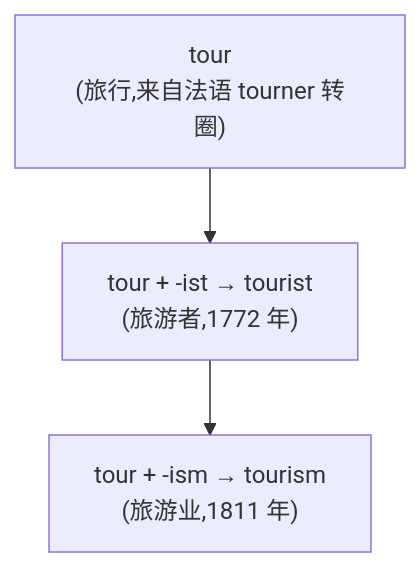
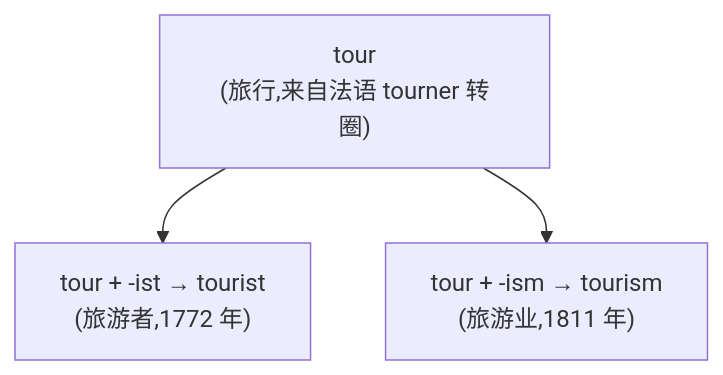
Before and after one commit to swiftczz/roots-affixes-book: the third of 3 diagrams in 06-词缀的故事/第32章-ism与ist.md, drawn with Mermaid. The commit also changed 14 other files, not shown here.

First line of the commit message:
fix: 全书二轮审阅修正——词源准确性、关系图箭头、历史叙述限定

````diff
--- a/06-词缀的故事/第32章-ism与ist.md
+++ b/06-词缀的故事/第32章-ism与ist.md
@@ -193,6 +193,6 @@
 ```mermaid
 flowchart TD
     T["tour<br/>(旅行,来自法语 tourner 转圈)"]
     T --> IST["tour + -ist → tourist<br/>(旅游者,1772 年)"]
-    IST --> ISM["tour + -ism → tourism<br/>(旅游业,1811 年)"]
+    T --> ISM["tour + -ism → tourism<br/>(旅游业,1811 年)"]
 ```
````
